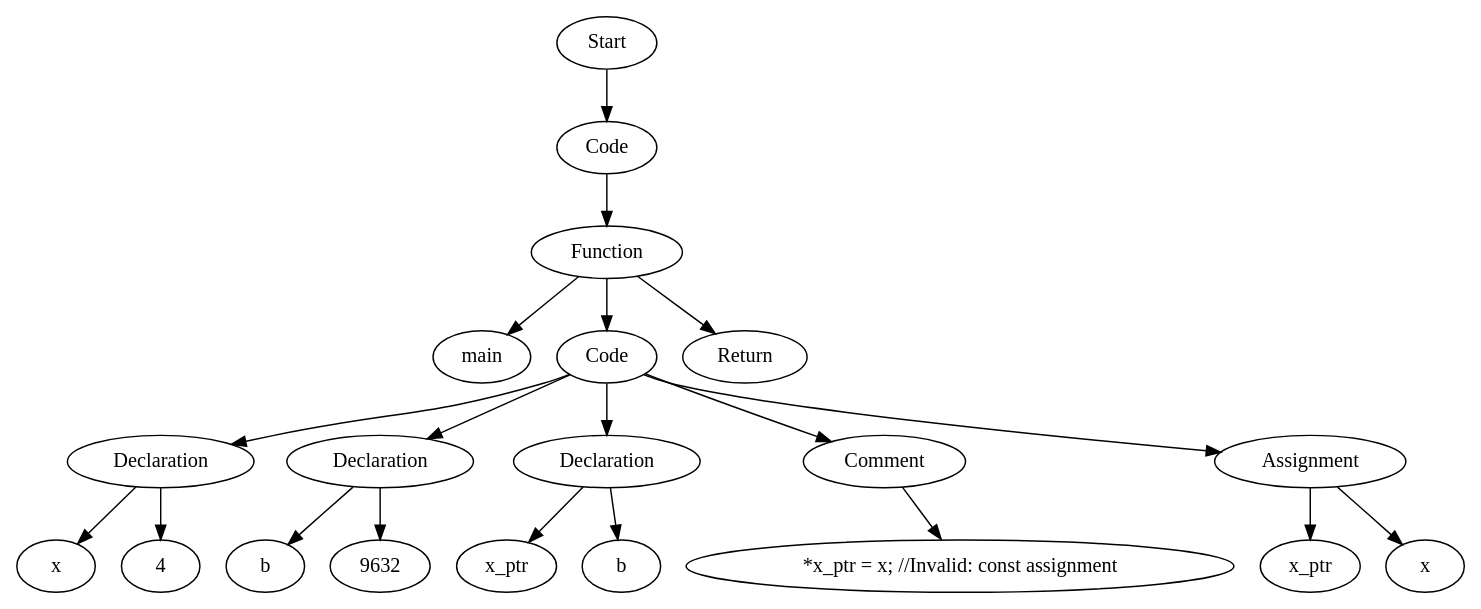
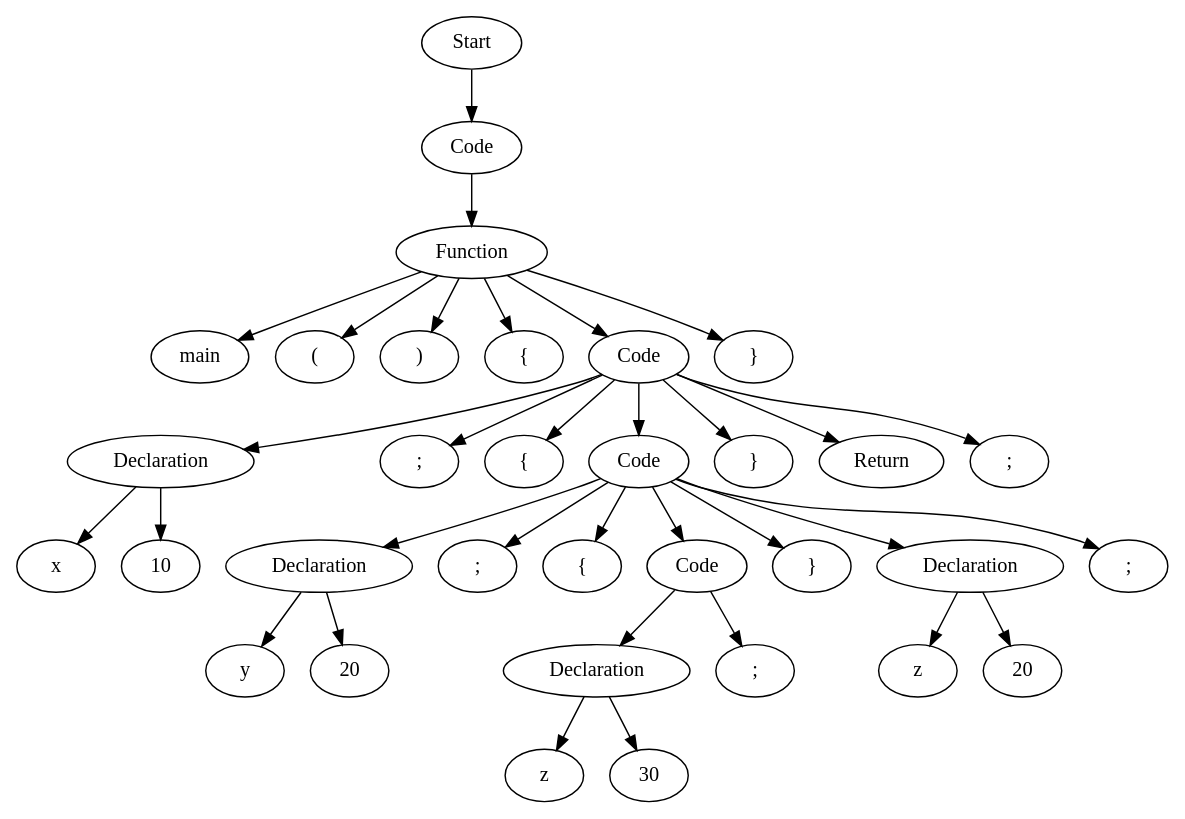
Before and after one commit to Are-you-listening/Compilers: the diagram in TestCases/ASTTests/SemanticErrorsTests/CreateTests/read_file_after.dot, drawn with Graphviz. The commit also changed 18 other files, not shown here.

```diff
--- a/TestCases/ASTTests/SemanticErrorsTests/CreateTests/read_file_after.dot
+++ b/TestCases/ASTTests/SemanticErrorsTests/CreateTests/read_file_after.dot
@@ -1,41 +1,67 @@
 digraph AST {
-  "125904123935808" [label="Start"];
-  "125904123935808" -> "125904124135312";
-  "125904124135312" [label="Code"];
-  "125904124135312" -> "125904124135456";
-  "125904124135456" [label="Function"];
-  "125904124135456" -> "125904124135600";
-  "125904124135456" -> "125904124135648";
-  "125904124135456" -> "125904124135744";
-  "125904124135600" [label="main"];
-  "125904124135648" [label="Code"];
-  "125904124135648" -> "125904124135792";
-  "125904124135648" -> "125904124135888";
-  "125904124135648" -> "125904124136080";
-  "125904124135648" -> "125904124136272";
-  "125904124135648" -> "125904124136464";
-  "125904124135792" [label="Declaration"];
-  "125904124135792" -> "125904124135936";
-  "125904124135792" -> "125904124135984";
-  "125904124135936" [label="x"];
-  "125904124135984" [label="4"];
-  "125904124135888" [label="Declaration"];
-  "125904124135888" -> "125904124136128";
-  "125904124135888" -> "125904124136176";
-  "125904124136128" [label="b"];
-  "125904124136176" [label="9632"];
-  "125904124136080" [label="Declaration"];
-  "125904124136080" -> "125904124136320";
-  "125904124136080" -> "125904124136368";
-  "125904124136320" [label="x_ptr"];
-  "125904124136368" [label="b"];
-  "125904124136272" [label="Comment"];
-  "125904124136272" -> "125904124136512";
-  "125904124136512" [label="*x_ptr = x; //Invalid: const assignment"];
-  "125904124136464" [label="Assignment"];
-  "125904124136464" -> "125904124136656";
-  "125904124136464" -> "125904124136704";
-  "125904124136656" [label="x_ptr"];
-  "125904124136704" [label="x"];
-  "125904124135744" [label="Return"];
+  "2967186614320" [label="Start"];
+  "2967186614320" -> "2967186674672";
+  "2967186674672" [label="Code"];
+  "2967186674672" -> "2967186674480";
+  "2967186674480" [label="Function"];
+  "2967186674480" -> "2967186674336";
+  "2967186674480" -> "2967186674288";
+  "2967186674480" -> "2967186674240";
+  "2967186674480" -> "2967186674192";
+  "2967186674480" -> "2967186674144";
+  "2967186674480" -> "2967186674048";
+  "2967186674336" [label="main"];
+  "2967186674288" [label="("];
+  "2967186674240" [label=")"];
+  "2967186674192" [label="{"];
+  "2967186674144" [label="Code"];
+  "2967186674144" -> "2967186674000";
+  "2967186674144" -> "2967186673904";
+  "2967186674144" -> "2967186673760";
+  "2967186674144" -> "2967186673712";
+  "2967186674144" -> "2967186673616";
+  "2967186674144" -> "2967186670976";
+  "2967186674144" -> "2967186669728";
+  "2967186674000" [label="Declaration"];
+  "2967186674000" -> "2967186673856";
+  "2967186674000" -> "2967186673808";
+  "2967186673856" [label="x"];
+  "2967186673808" [label="10"];
+  "2967186673904" [label=";"];
+  "2967186673760" [label="{"];
+  "2967186673712" [label="Code"];
+  "2967186673712" -> "2967186673568";
+  "2967186673712" -> "2967186673472";
+  "2967186673712" -> "2967186673328";
+  "2967186673712" -> "2967186673184";
+  "2967186673712" -> "2967186670496";
+  "2967186673712" -> "2967186671696";
+  "2967186673712" -> "2967186669872";
+  "2967186673568" [label="Declaration"];
+  "2967186673568" -> "2967186673424";
+  "2967186673568" -> "2967186673376";
+  "2967186673424" [label="y"];
+  "2967186673376" [label="20"];
+  "2967186673472" [label=";"];
+  "2967186673328" [label="{"];
+  "2967186673184" [label="Code"];
+  "2967186673184" -> "2967186670448";
+  "2967186673184" -> "2967186671936";
+  "2967186670448" [label="Declaration"];
+  "2967186670448" -> "2967186671360";
+  "2967186670448" -> "2967186671600";
+  "2967186671360" [label="z"];
+  "2967186671600" [label="30"];
+  "2967186671936" [label=";"];
+  "2967186670496" [label="}"];
+  "2967186671696" [label="Declaration"];
+  "2967186671696" -> "2967186671024";
+  "2967186671696" -> "2967186669968";
+  "2967186671024" [label="z"];
+  "2967186669968" [label="20"];
+  "2967186669872" [label=";"];
+  "2967186673616" [label="}"];
+  "2967186670976" [label="Return"];
+  "2967186669728" [label=";"];
+  "2967186674048" [label="}"];
 }
```
